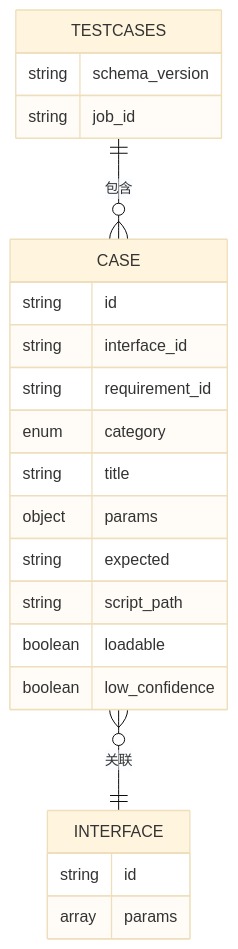
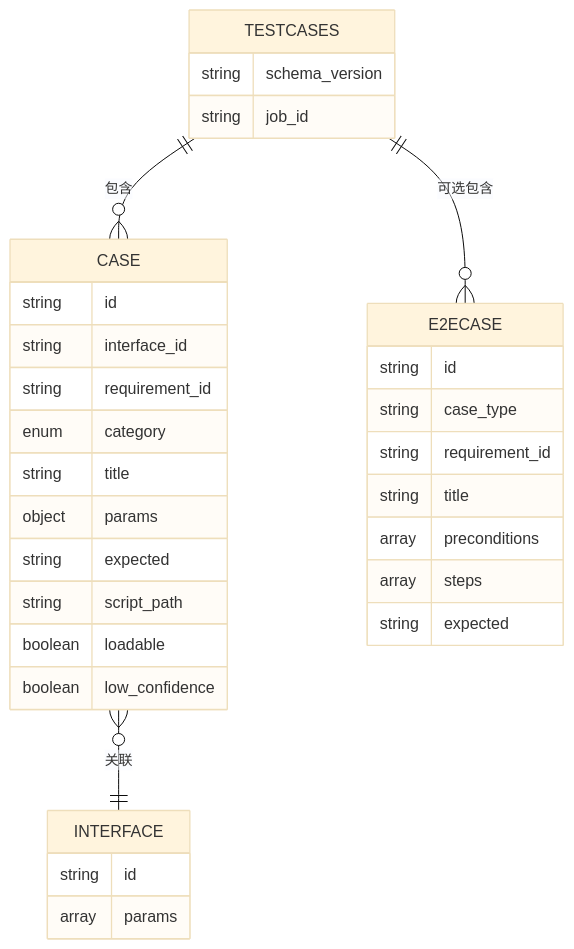
One commit to Joeyzheng001/LLM-AutoTest changed the fourth of 5 diagrams in .qoder/repowiki/zh/content/流水线工作流/用例生成节点.md. Above: the diagram before and after it, drawn with Mermaid (base theme). The commit also changed other lines of this file and 94 other files, not shown here.

````diff
--- a/.qoder/repowiki/zh/content/流水线工作流/用例生成节点.md
+++ b/.qoder/repowiki/zh/content/流水线工作流/用例生成节点.md
@@ -157,25 +193,35 @@
 ```mermaid
 erDiagram
 TESTCASES {
 string schema_version
 string job_id
 }
 CASE {
 string id
 string interface_id
 string requirement_id
 enum category
 string title
 object params
 string expected
 string script_path
 boolean loadable
 boolean low_confidence
 }
+E2ECASE {
+string id
+string case_type
+string requirement_id
+string title
+array preconditions
+array steps
+string expected
+}
 INTERFACE {
 string id
 array params
 }
 TESTCASES ||--o{ CASE : "包含"
+TESTCASES ||--o{ E2ECASE : "可选包含"
 CASE }o--|| INTERFACE : "关联"
 ```
````
